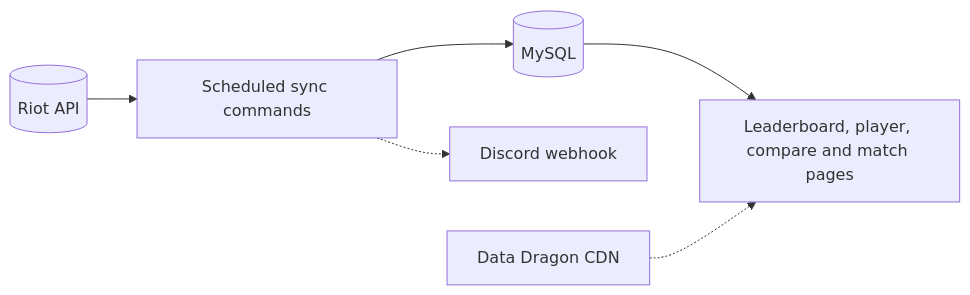
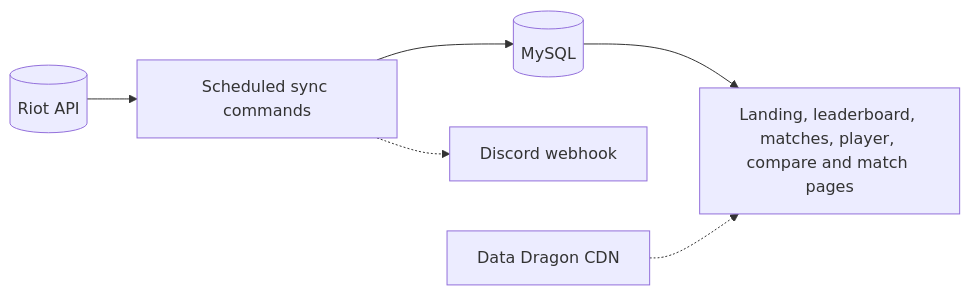
Before and after one commit to NoctLeaflet/Achylstic-LoL-Web-Analytics: the diagram in README.md, drawn with Mermaid. The commit also changed other lines of this file and 49 other files, not shown here.

First line of the commit message:
Add landing page, weekly highlights, match list, metrics pop-up and richer Discord messages

````diff
--- a/README.md
+++ b/README.md
@@ -83,8 +104,8 @@
 ```mermaid
 flowchart LR
     Riot[(Riot API)] --> Sync[Scheduled sync commands]
     Sync --> DB[(MySQL)]
-    DB --> Pages[Leaderboard, player, compare and match pages]
+    DB --> Pages[Landing, leaderboard, matches, player, compare and match pages]
     Sync -.-> Discord[Discord webhook]
     DDragon[Data Dragon CDN] -.-> Pages
 ```
````
